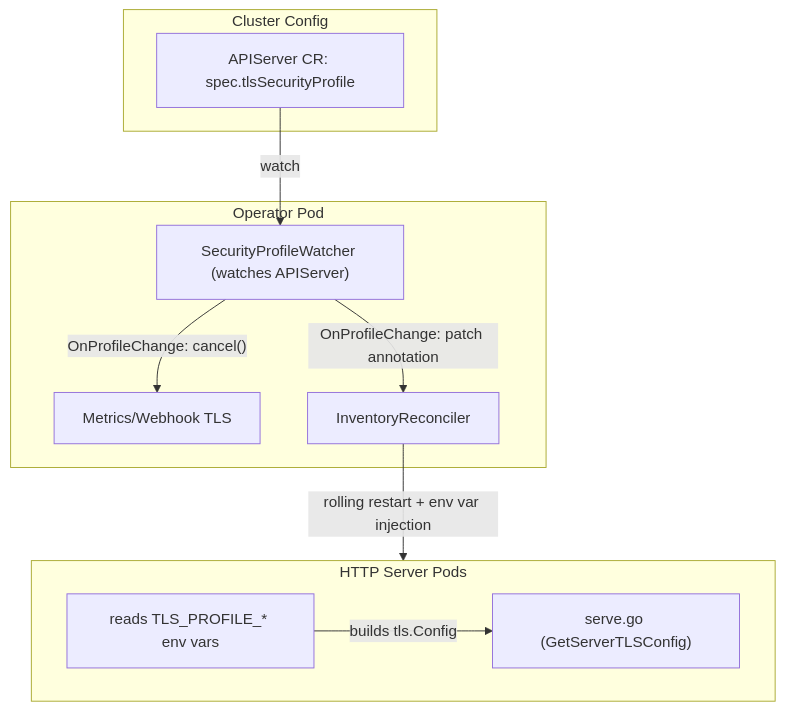
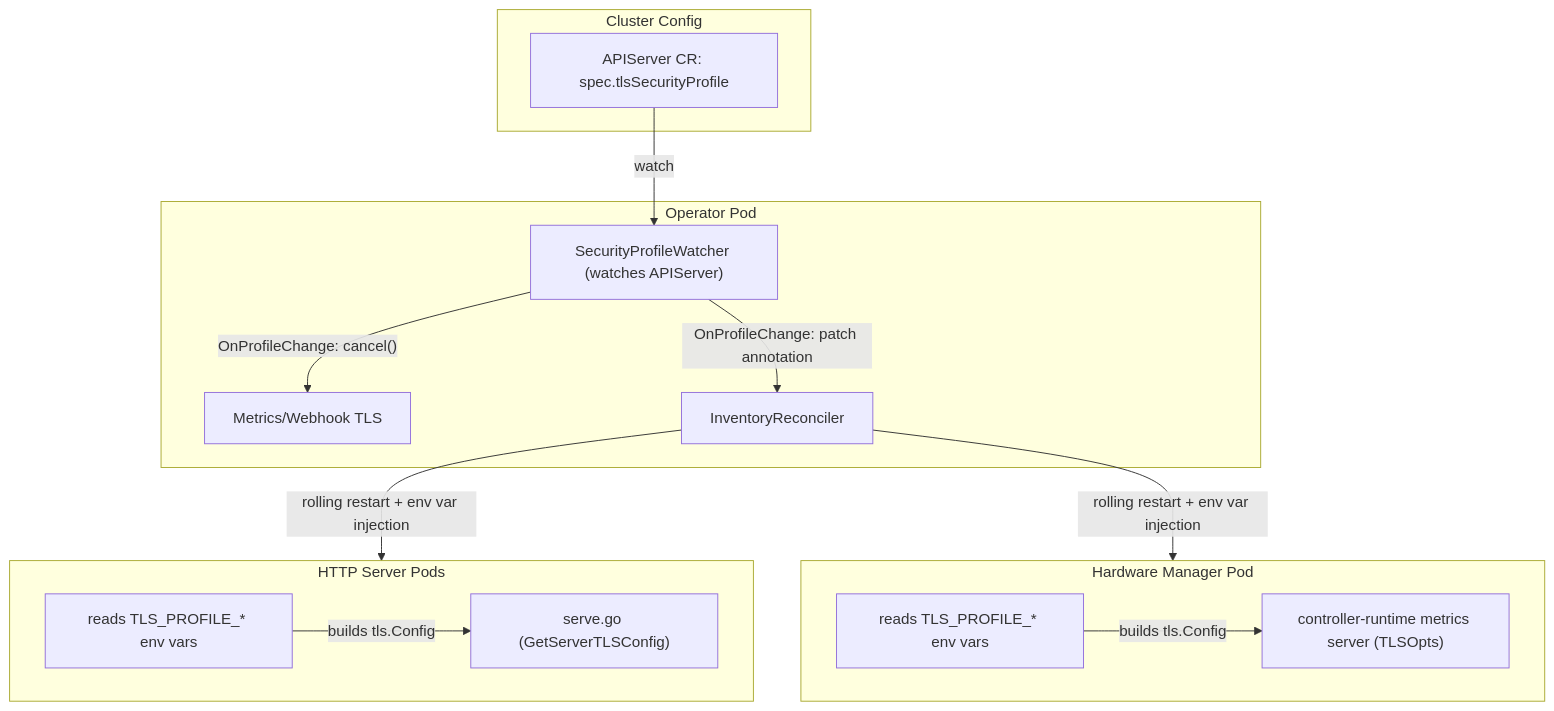
The first of 2 diagrams in docs/dev/tls-configuration.md (openshift-kni/oran-o2ims), drawn with Mermaid before and after one commit. The commit also changed other lines of this file and 9 other files, not shown here.

First line of the commit message:
Fix hardware-manager TLS and metrics (#3620)

````diff
--- a/docs/dev/tls-configuration.md
+++ b/docs/dev/tls-configuration.md
@@ -88,23 +88,30 @@
 ```mermaid
 flowchart TB
     subgraph cluster_cfg["Cluster Config"]
         APIServerRes["APIServer CR: spec.tlsSecurityProfile"]
     end
 
     subgraph operator_pod["Operator Pod"]
         Watcher["SecurityProfileWatcher (watches APIServer)"]
         MgrTLS["Metrics/Webhook TLS"]
         Reconciler["InventoryReconciler"]
     end
 
     subgraph http_pods["HTTP Server Pods"]
         EnvRead["reads TLS_PROFILE_* env vars"]
         Serve["serve.go (GetServerTLSConfig)"]
     end
 
+    subgraph hw_mgr_pod["Hardware Manager Pod"]
+        HWEnvRead["reads TLS_PROFILE_* env vars"]
+        HWMgr["controller-runtime metrics server (TLSOpts)"]
+    end
+
     APIServerRes -->|"watch"| Watcher
     Watcher -->|"OnProfileChange: cancel()"| MgrTLS
     Watcher -->|"OnProfileChange: patch annotation"| Reconciler
     Reconciler -->|"rolling restart + env var injection"| http_pods
+    Reconciler -->|"rolling restart + env var injection"| hw_mgr_pod
     EnvRead -->|"builds tls.Config"| Serve
+    HWEnvRead -->|"builds tls.Config"| HWMgr
 ```
````
